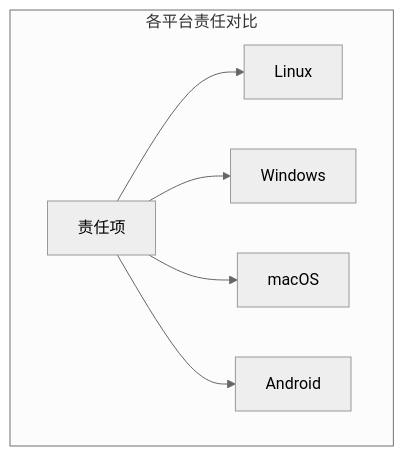
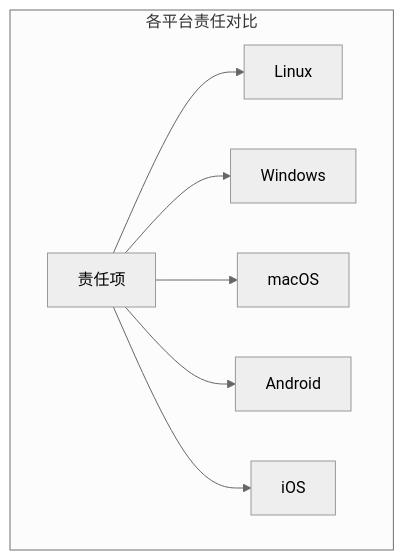
Before and after one commit to rebecca554owen/openppp2: the ninth of 10 diagrams in docs/guides/PLATFORMS_CN.md, drawn with Mermaid (neutral theme). The commit also changed other lines of this file and 34 other files, not shown here.

````diff
--- a/docs/guides/PLATFORMS_CN.md
+++ b/docs/guides/PLATFORMS_CN.md
@@ -488,10 +532,11 @@
 ```mermaid
 graph TD
     subgraph 责任["各平台责任对比"]
         direction LR
         RESP["责任项"] --> LINUX2["Linux"]
         RESP --> WIN2["Windows"]
         RESP --> MAC["macOS"]
         RESP --> DROID["Android"]
+        RESP --> IOS2["iOS"]
     end
 ```
````
